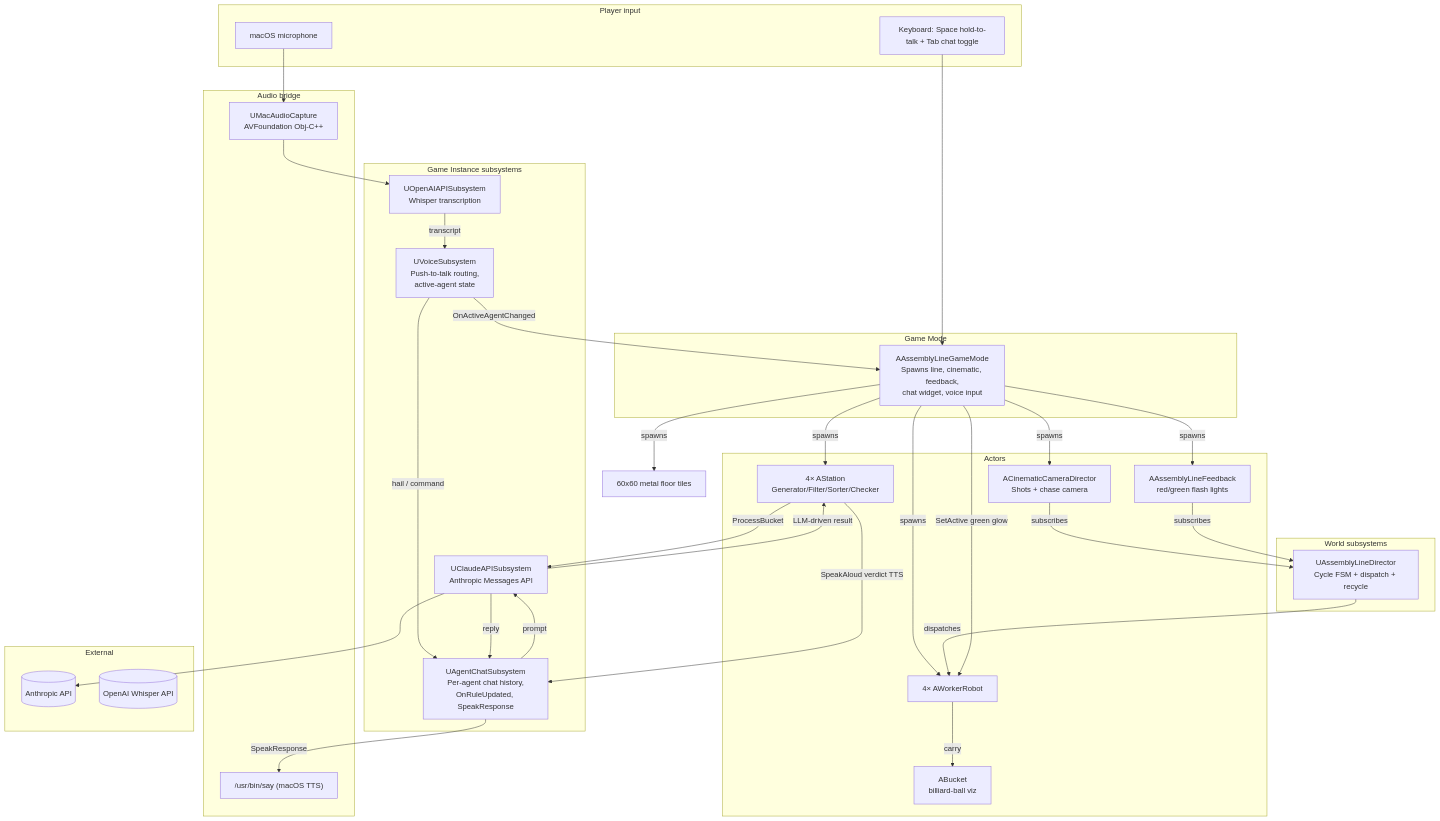
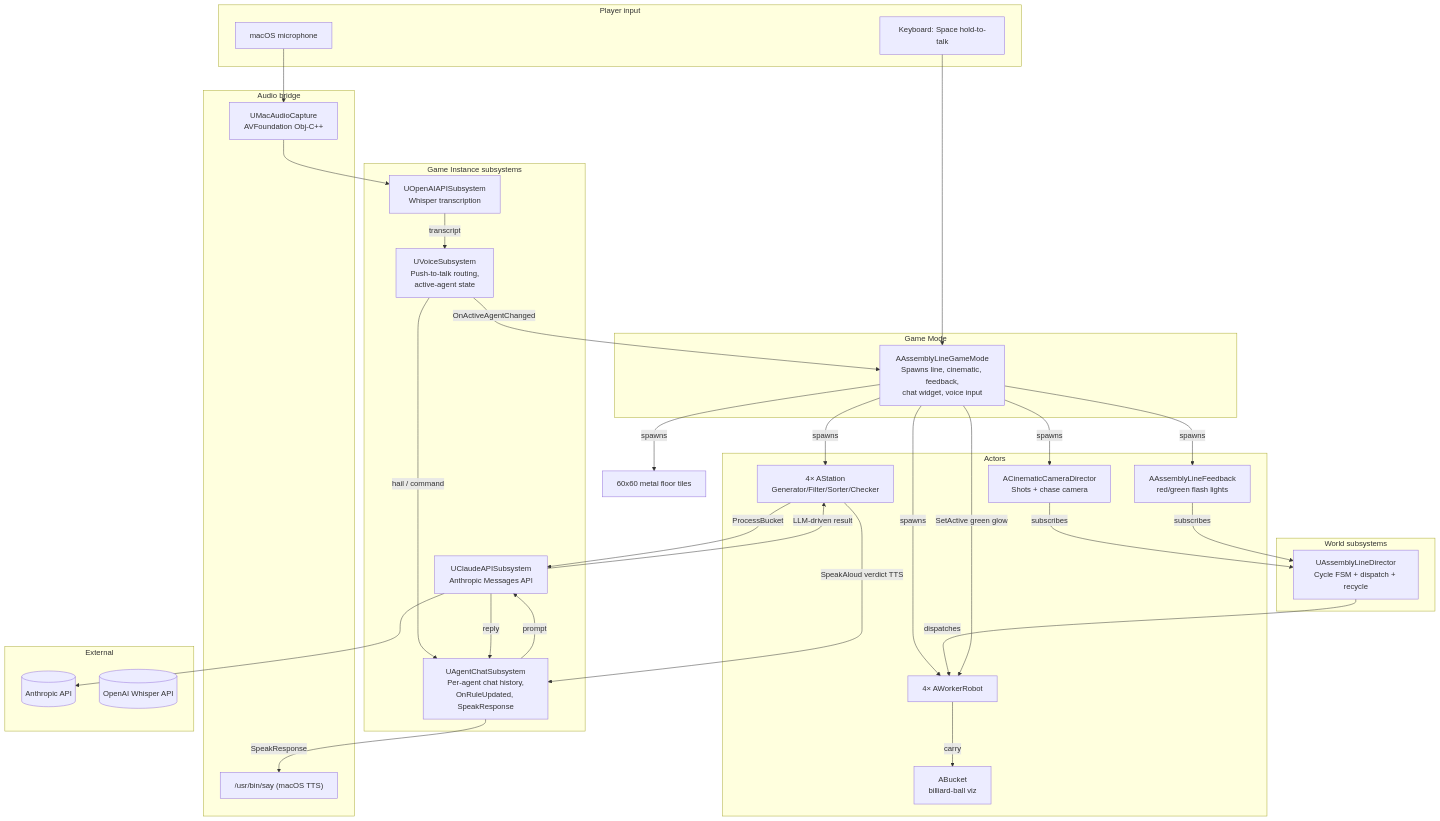
One commit to eyupgurel/AssemblyLineSimul changed the first of 5 diagrams in README.md. Above: the diagram before and after it, drawn with Mermaid. The commit also changed other lines of this file and 8 other files, not shown here.

First line of the commit message:
Story 28: remove the Tab-toggled chat widget entirely

````diff
--- a/README.md
+++ b/README.md
@@ -126,66 +126,66 @@
 ```mermaid
 graph TB
   subgraph Player input
-    KB[Keyboard: Space hold-to-talk + Tab chat toggle]
+    KB[Keyboard: Space hold-to-talk]
     Mic[macOS microphone]
   end
 
   subgraph Game Mode
     GM[AAssemblyLineGameMode<br/>Spawns line, cinematic, feedback,<br/>chat widget, voice input]
   end
 
   subgraph World subsystems
     Dir[UAssemblyLineDirector<br/>Cycle FSM + dispatch + recycle]
   end
 
   subgraph Game Instance subsystems
     Chat[UAgentChatSubsystem<br/>Per-agent chat history,<br/>OnRuleUpdated, SpeakResponse]
     Voice[UVoiceSubsystem<br/>Push-to-talk routing,<br/>active-agent state]
     Claude[UClaudeAPISubsystem<br/>Anthropic Messages API]
     OpenAI[UOpenAIAPISubsystem<br/>Whisper transcription]
   end
 
   subgraph Actors
     Stations[4× AStation<br/>Generator/Filter/Sorter/Checker]
     Workers[4× AWorkerRobot]
     Buckets[ABucket<br/>billiard-ball viz]
     Cinematic[ACinematicCameraDirector<br/>Shots + chase camera]
     Feedback[AAssemblyLineFeedback<br/>red/green flash lights]
   end
 
   subgraph Audio bridge
     MacAudio[UMacAudioCapture<br/>AVFoundation Obj-C++]
     Say["/usr/bin/say (macOS TTS)"]
   end
 
   subgraph External
     AnthropicAPI[(Anthropic API)]
     OpenAIAPI[(OpenAI Whisper API)]
   end
 
   KB --> GM
   Mic --> MacAudio
   MacAudio --> OpenAI
   OpenAI -- transcript --> Voice
   Voice -- hail / command --> Chat
   Chat -- prompt --> Claude
   Claude --> AnthropicAPI
   Claude -- reply --> Chat
   Chat -- SpeakResponse --> Say
 
   Stations -- ProcessBucket --> Claude
   Claude -- LLM-driven result --> Stations
   Stations -- SpeakAloud verdict TTS --> Chat
 
   GM -- spawns --> Stations
   GM -- spawns --> Workers
   GM -- spawns --> Cinematic
   GM -- spawns --> Feedback
   GM -- spawns --> Floor[60x60 metal floor tiles]
   Dir -- dispatches --> Workers
   Workers -- carry --> Buckets
   Cinematic -- subscribes --> Dir
   Feedback -- subscribes --> Dir
   Voice -- OnActiveAgentChanged --> GM
   GM -- SetActive green glow --> Workers
 ```
````
